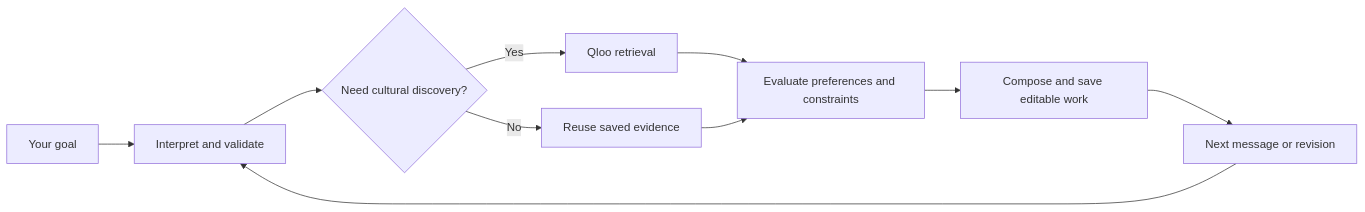
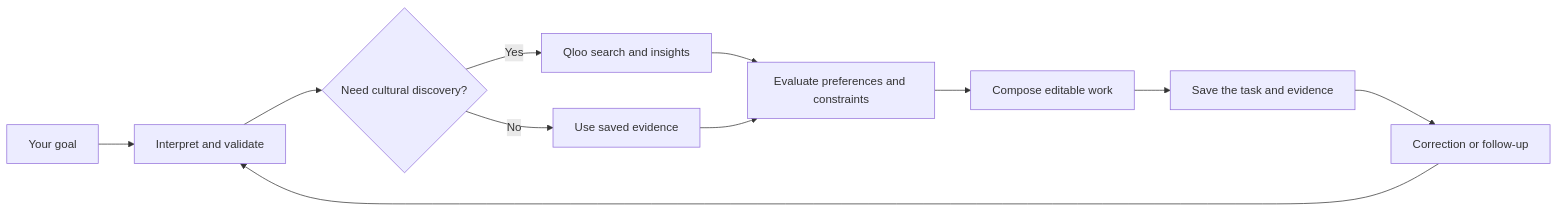
The first of 5 diagrams in README.md (Davemafy/ighor), drawn with Mermaid before and after one commit. The commit also changed other lines of this file, not shown here.

Commit message:
docs: match Parallel README structure with evidence and engineering details

````diff
--- a/README.md
+++ b/README.md
@@ -59,12 +74,13 @@
 ```mermaid
 flowchart LR
     A["Your goal"] --> B["Interpret and validate"]
     B --> C{"Need cultural discovery?"}
-    C -->|Yes| D["Qloo retrieval"]
-    C -->|No| E["Reuse saved evidence"]
+    C -- Yes --> D["Qloo search and insights"]
+    C -- No --> E["Use saved evidence"]
     D --> F["Evaluate preferences and constraints"]
     E --> F
-    F --> G["Compose and save editable work"]
-    G --> H["Next message or revision"]
-    H --> B
+    F --> G["Compose editable work"]
+    G --> H["Save the task and evidence"]
+    H --> I["Correction or follow-up"]
+    I --> B
 ```
````
